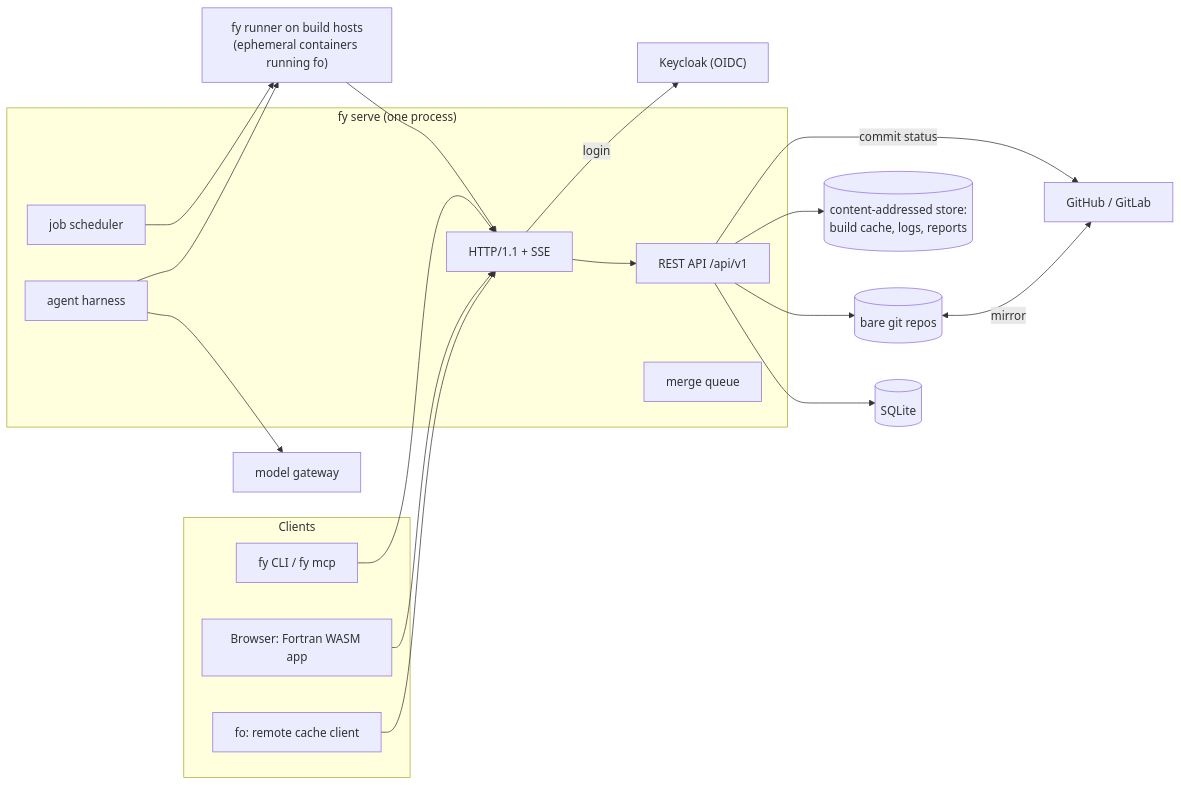
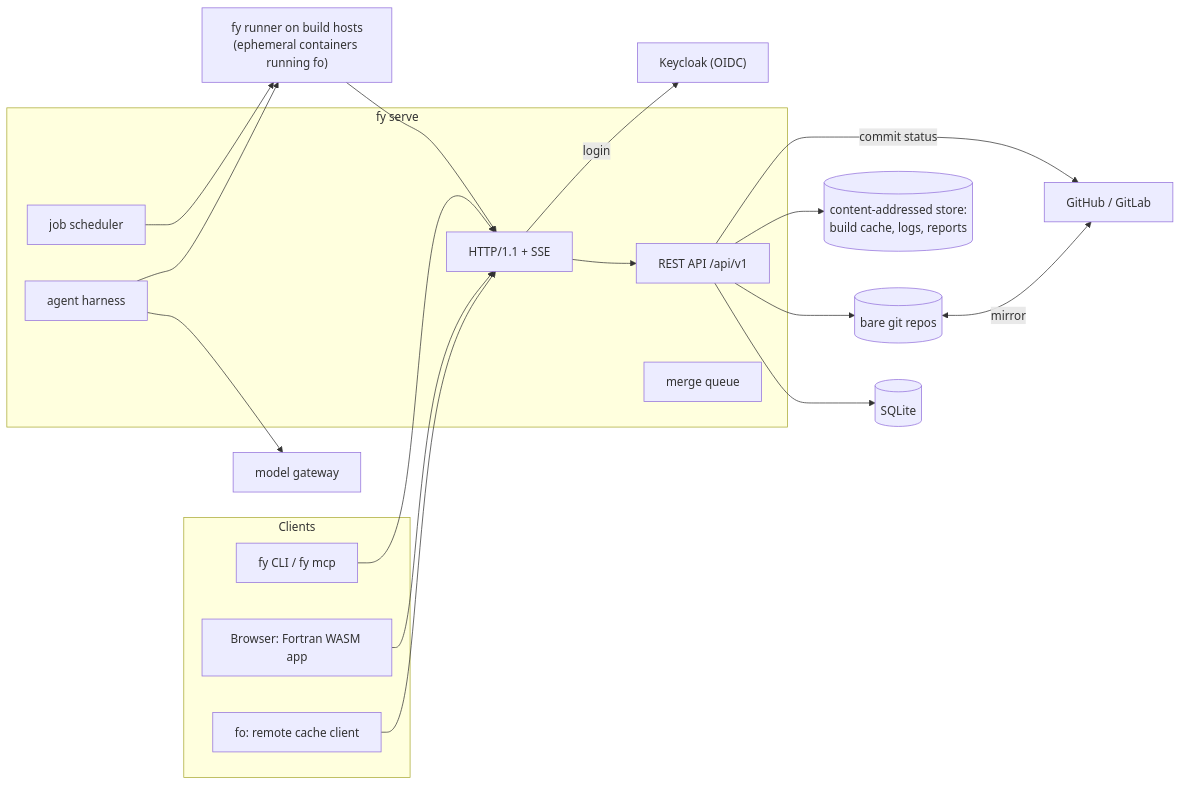
One commit to lazy-fortran/fortyard changed the diagram in DESIGN.md. Above: the diagram before and after it, drawn with Mermaid. The commit also changed other lines of this file and 6 other files, not shown here.

````diff
--- a/DESIGN.md
+++ b/DESIGN.md
@@ -68,37 +68,37 @@
 ```mermaid
 flowchart LR
     subgraph clients[Clients]
         cli["fy CLI / fy mcp"]
         web["Browser: Fortran WASM app"]
         fo["fo: remote cache client"]
     end
-    subgraph server["fy serve (one process)"]
+    subgraph server["fy serve"]
         http["HTTP/1.1 + SSE"]
         api["REST API /api/v1"]
         sched["job scheduler"]
         mq["merge queue"]
         agent["agent harness"]
     end
     db[(SQLite)]
     repos[(bare git repos)]
     cas[(content-addressed store:\nbuild cache, logs, reports)]
     runners["fy runner on build hosts\n(ephemeral containers running fo)"]
     gh["GitHub / GitLab"]
     llm["model gateway"]
     kc["Keycloak (OIDC)"]
 
     cli --> http
     web --> http
     fo --> http
     http --> api
     api --> db
     api --> repos
     api --> cas
     sched --> runners
     runners --> http
     repos <-->|mirror| gh
     api -->|commit status| gh
     agent --> llm
     agent --> runners
     http -->|login| kc
 ```
````
